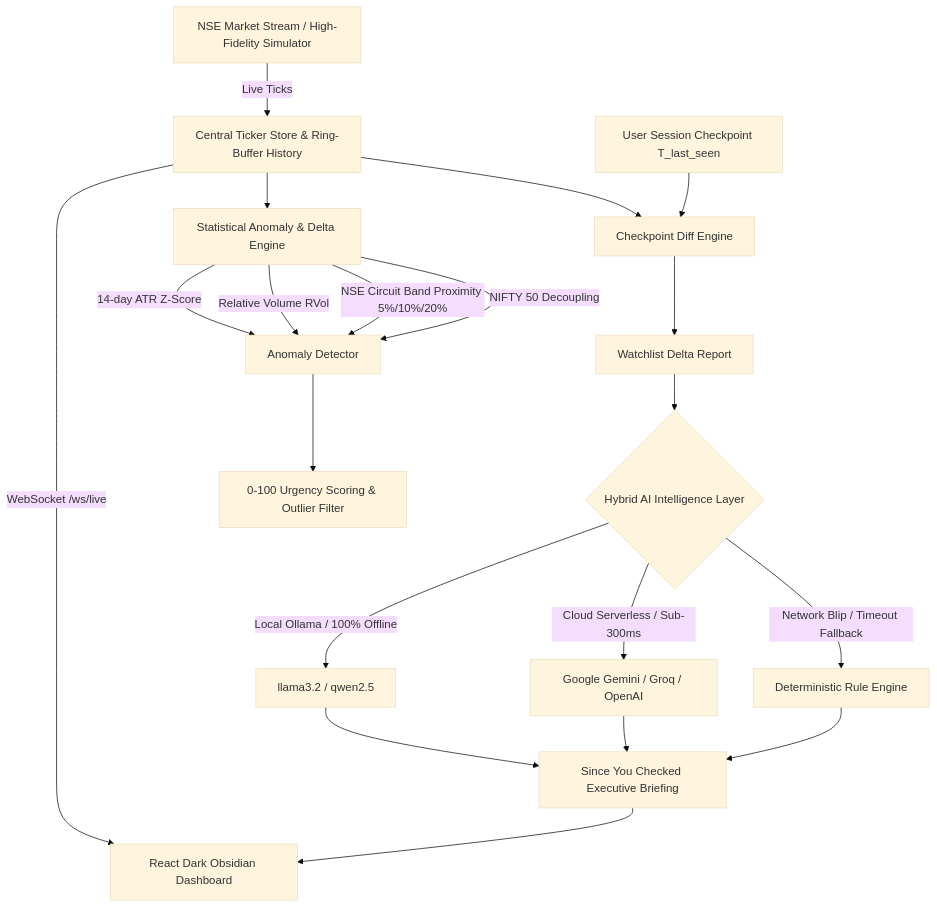
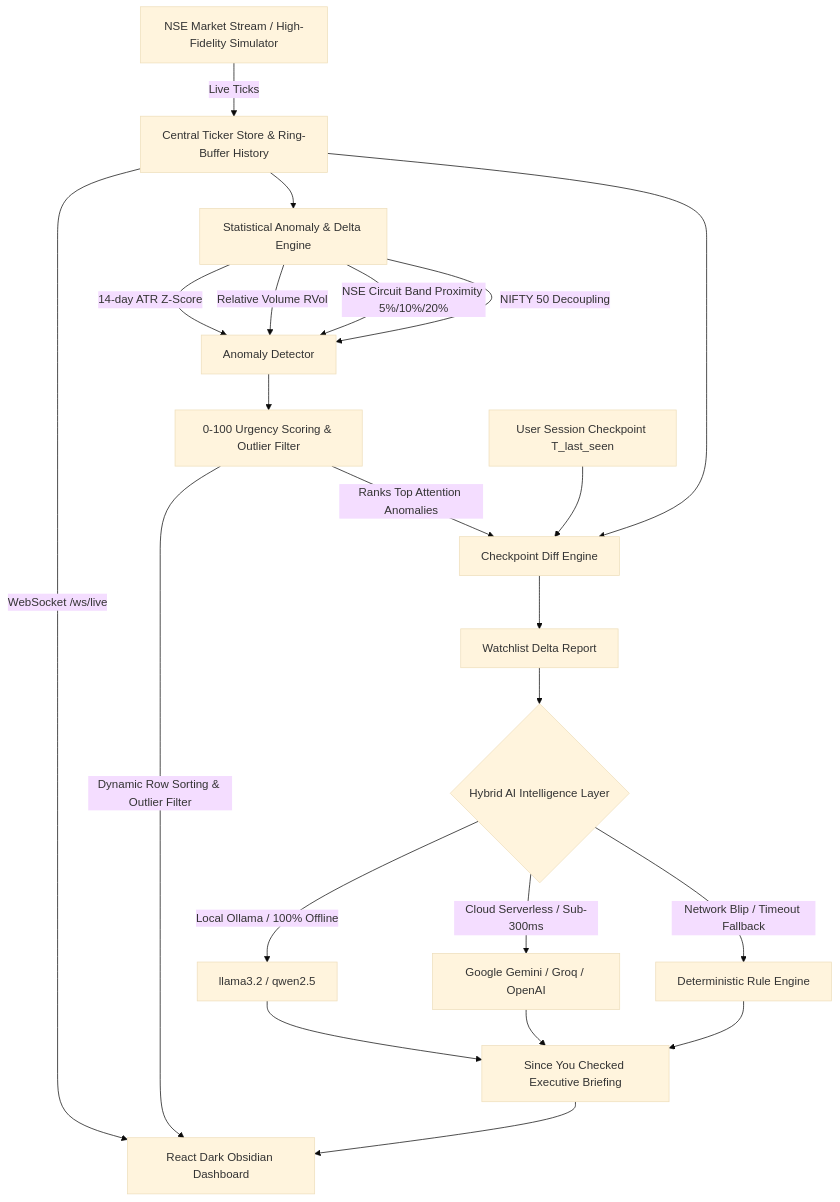
Before and after one commit to DishaGarg-16/dhanguru: the diagram in README.md, drawn with Mermaid (base theme). The commit also changed other lines of this file, not shown here.

Commit message:
updating architecture diagram

````diff
--- a/README.md
+++ b/README.md
@@ -22,27 +22,29 @@
 ```mermaid
 graph TD
     A[NSE Market Stream / High-Fidelity Simulator] -->|Live Ticks| B[Central Ticker Store & Ring-Buffer History]
     B -->|WebSocket /ws/live| C[React Dark Obsidian Dashboard]
     
     B --> D[Statistical Anomaly & Delta Engine]
     D -->|14-day ATR Z-Score| E[Anomaly Detector]
     D -->|Relative Volume RVol| E
     D -->|NSE Circuit Band Proximity 5%/10%/20%| E
     D -->|NIFTY 50 Decoupling| E
     
     E --> F[0-100 Urgency Scoring & Outlier Filter]
+    F -->|Dynamic Row Sorting & Outlier Filter| C
+    F -->|Ranks Top Attention Anomalies| H[Checkpoint Diff Engine]
     
-    G[User Session Checkpoint T_last_seen] --> H[Checkpoint Diff Engine]
+    G[User Session Checkpoint T_last_seen] --> H
     B --> H
     H --> I[Watchlist Delta Report]
     
     I --> J{Hybrid AI Intelligence Layer}
     J -->|Local Ollama / 100% Offline| K[llama3.2 / qwen2.5]
     J -->|Cloud Serverless / Sub-300ms| L[Google Gemini / Groq / OpenAI]
     J -->|Network Blip / Timeout Fallback| M[Deterministic Rule Engine]
     
     K --> N[Since You Checked Executive Briefing]
     L --> N
     M --> N
     N --> C
 ```
````
